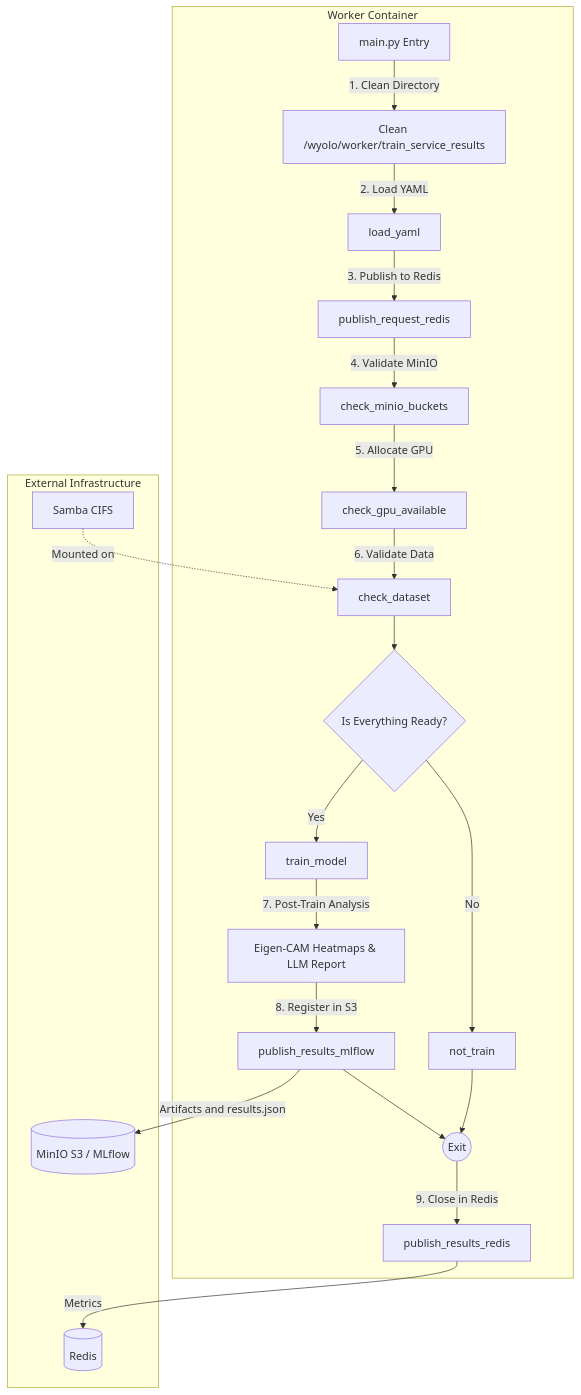
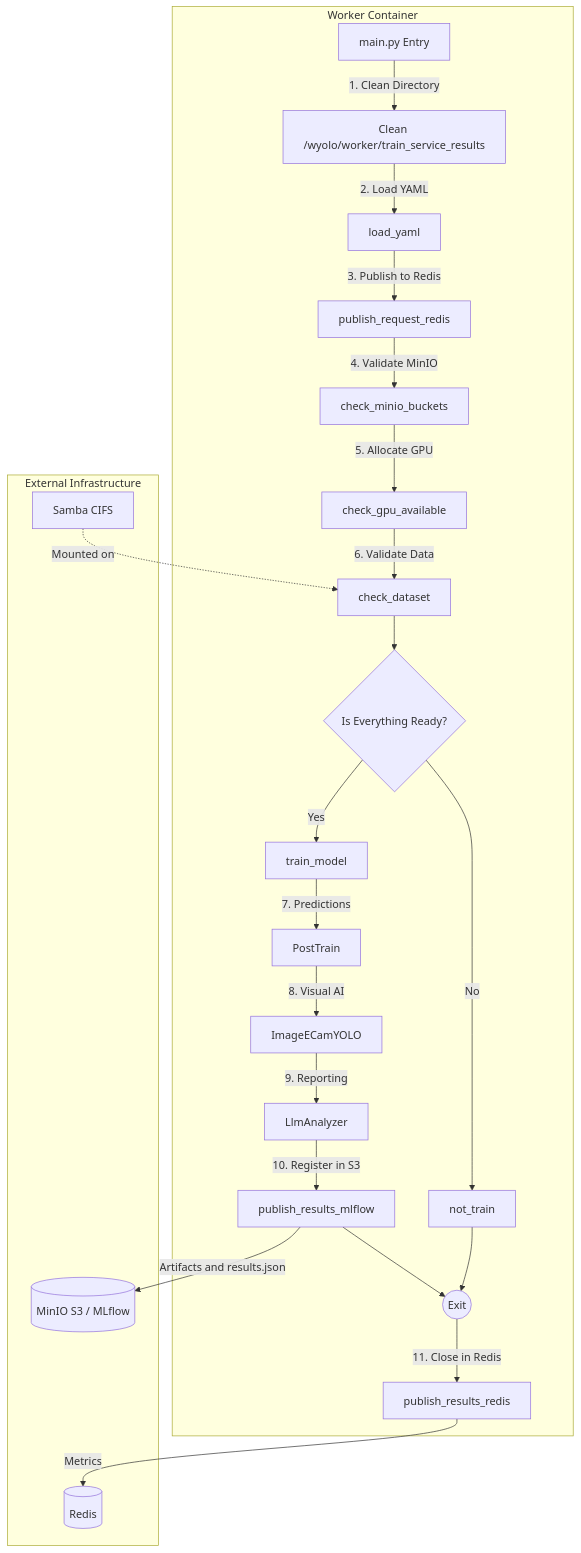
The diagram in README.md (wisrovi/wyoloservice2_worker), drawn with Mermaid before and after one commit.

Commit message:
[DOCS] Detail post-train pipeline states in flowchart

````diff
--- a/README.md
+++ b/README.md
@@ -11,27 +11,30 @@
 ```mermaid
 flowchart TD
     subgraph Worker_Container [Worker Container]
         M[main.py Entry] -->|1. Clean Directory| C[Clean /wyolo/worker/train_service_results]
         C -->|2. Load YAML| L[load_yaml]
         L -->|3. Publish to Redis| PR[publish_request_redis]
         PR -->|4. Validate MinIO| MIN[check_minio_buckets]
         MIN -->|5. Allocate GPU| GPU[check_gpu_available]
         GPU -->|6. Validate Data| DS[check_dataset]
         
         DS --> Dec{Is Everything Ready?}
         Dec -->|Yes| T[train_model]
         Dec -->|No| NT[not_train]
         
-        T -->|7. Post-Train Analysis| PT[Eigen-CAM Heatmaps & LLM Report]
-        PT -->|8. Register in S3| PML[publish_results_mlflow]
+        T -->|7. Predictions| PT1[PostTrain]
+        PT1 -->|8. Visual AI| PT2[ImageECamYOLO]
+        PT2 -->|9. Reporting| PT3[LlmAnalyzer]
+        
+        PT3 -->|10. Register in S3| PML[publish_results_mlflow]
         PML --> End((Exit))
         NT --> End
-        End -->|9. Close in Redis| RED[publish_results_redis]
+        End -->|11. Close in Redis| RED[publish_results_redis]
     end
 
     subgraph Host_and_Services [External Infrastructure]
         SM[Samba CIFS] -.->|Mounted on| DS
         RED -->|Metrics| R[(Redis)]
         PML -->|Artifacts and results.json| MINIO[(MinIO S3 / MLflow)]
     end
 ```
````
